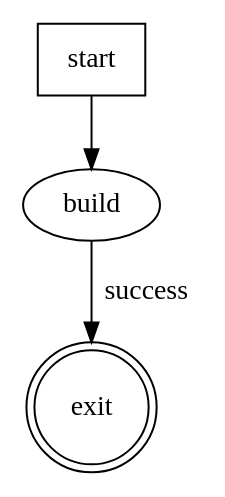
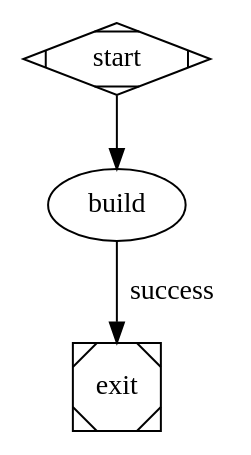
Before and after one commit to jaytaylor/attractor-tcl: the diagram in examples/linear.dot, drawn with Graphviz. The commit also changed 11 other files, not shown here.

```diff
--- a/examples/linear.dot
+++ b/examples/linear.dot
@@ -1,7 +1,7 @@
 digraph linear {
-  start [shape=start];
+  start [shape=Mdiamond];
   build [handler=codergen, prompt="build linear"];
-  exit [shape=doublecircle];
+  exit [shape=Msquare];
   start -> build;
   build -> exit [label=success, weight=1];
 }
```
